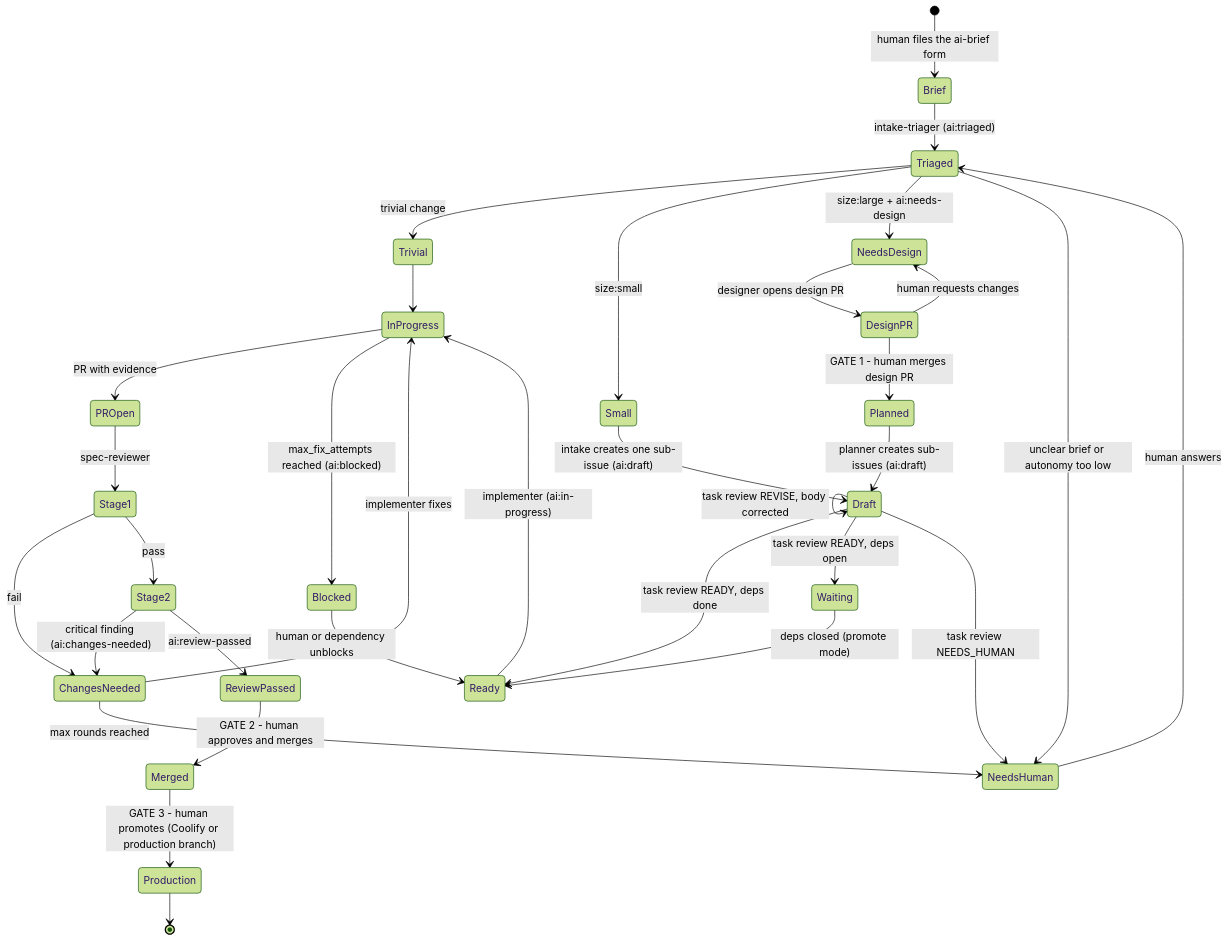
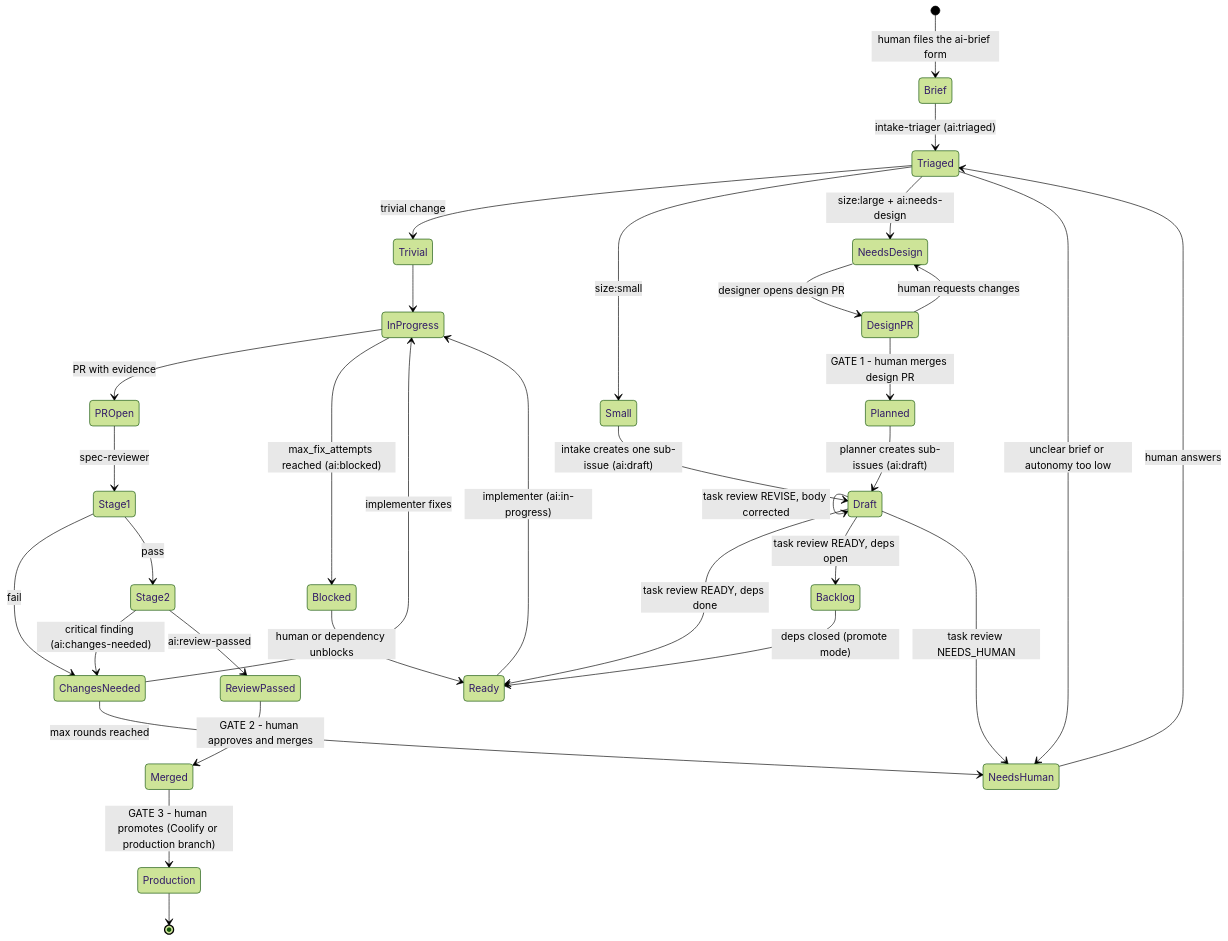
One commit to altaprimadev/claude-cowork changed the diagram in docs/labels-and-states.md. Above: the diagram before and after it, drawn with Mermaid (forest theme). The commit also changed other lines of this file and 3 other files, not shown here.

First line of the commit message:
fix: rename the Project status Waiting to Backlog

````diff
--- a/docs/labels-and-states.md
+++ b/docs/labels-and-states.md
@@ -36,40 +36,40 @@
 ```mermaid
 stateDiagram-v2
     [*] --> Brief: human files the ai-brief form
     Brief --> Triaged: intake-triager (ai:triaged)
     Triaged --> Trivial: trivial change
     Triaged --> Small: size:small
     Triaged --> NeedsDesign: size:large + ai:needs-design
     Triaged --> NeedsHuman: unclear brief or autonomy too low
 
     NeedsDesign --> DesignPR: designer opens design PR
     DesignPR --> Planned: GATE 1 - human merges design PR
     DesignPR --> NeedsDesign: human requests changes
     Planned --> Draft: planner creates sub-issues (ai:draft)
     Small --> Draft: intake creates one sub-issue (ai:draft)
     Draft --> Draft: task review REVISE, body corrected
     Draft --> Ready: task review READY, deps done
-    Draft --> Waiting: task review READY, deps open
+    Draft --> Backlog: task review READY, deps open
     Draft --> NeedsHuman: task review NEEDS_HUMAN
-    Waiting --> Ready: deps closed (promote mode)
+    Backlog --> Ready: deps closed (promote mode)
 
     Trivial --> InProgress
     Ready --> InProgress: implementer (ai:in-progress)
     InProgress --> PROpen: PR with evidence
     InProgress --> Blocked: max_fix_attempts reached (ai:blocked)
 
     PROpen --> Stage1: spec-reviewer
     Stage1 --> ChangesNeeded: fail
     Stage1 --> Stage2: pass
     Stage2 --> ChangesNeeded: critical finding (ai:changes-needed)
     Stage2 --> ReviewPassed: ai:review-passed
     ChangesNeeded --> InProgress: implementer fixes
     ChangesNeeded --> NeedsHuman: max rounds reached
 
     ReviewPassed --> Merged: GATE 2 - human approves and merges
     Merged --> Production: GATE 3 - human promotes (Coolify or production branch)
     Production --> [*]
 
     NeedsHuman --> Triaged: human answers
     Blocked --> Ready: human or dependency unblocks
 ```
````
